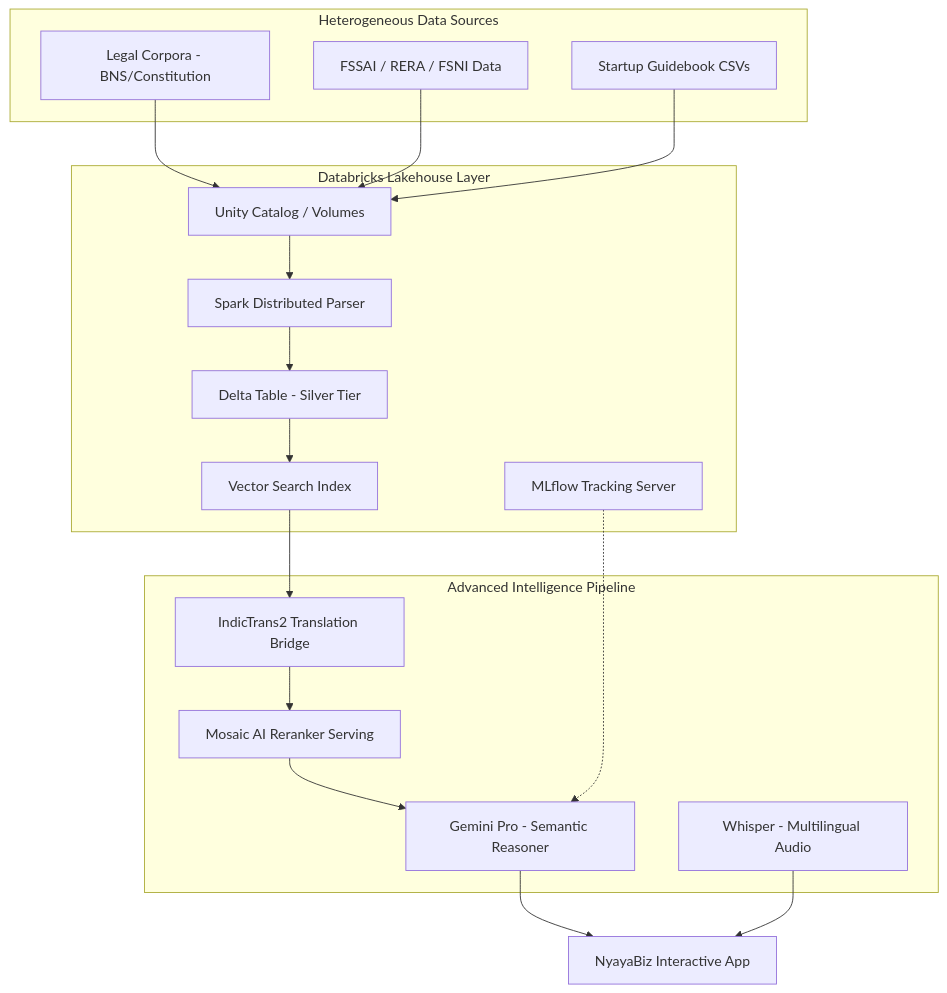
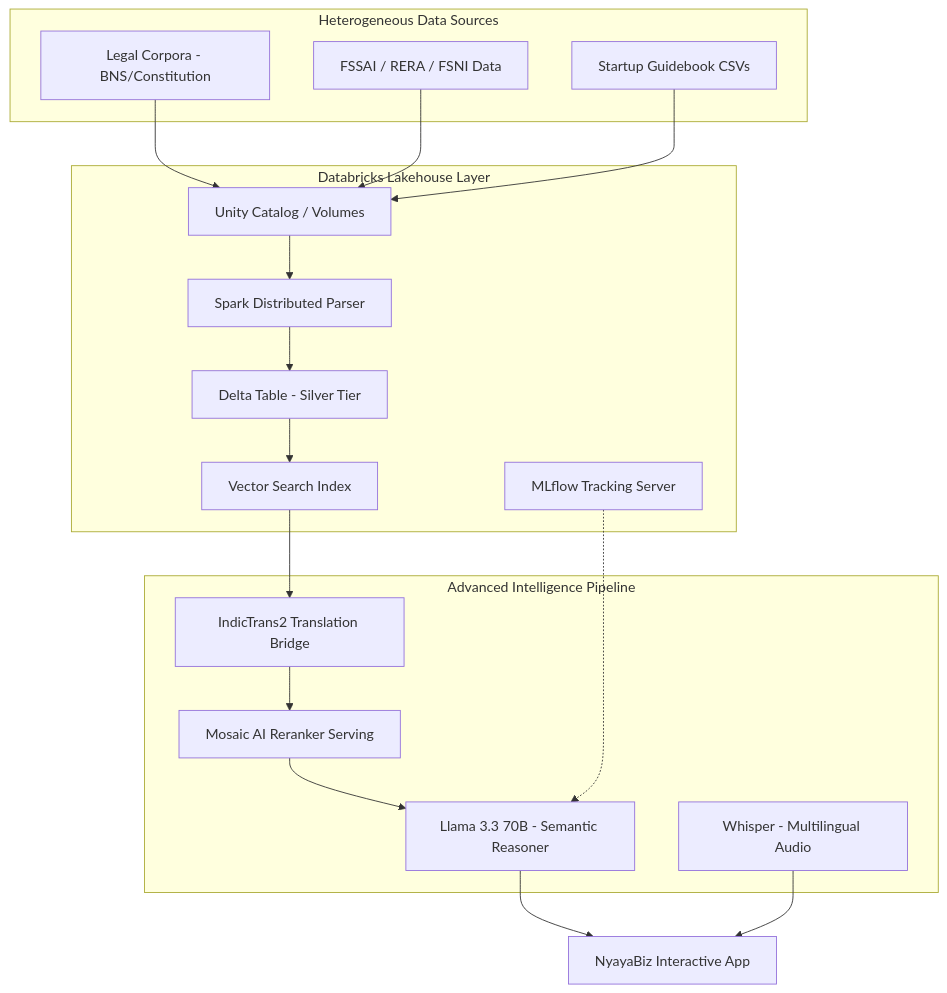
Before and after one commit to hardikhazari/ArthaNeeti: the first of 2 diagrams in README.md, drawn with Mermaid. The commit also changed other lines of this file, not shown here.

Commit message:
Update README: Replace Gemini with Llama 3.3 and add border

````diff
--- a/README.md
+++ b/README.md
@@ -50,34 +54,34 @@
 ```mermaid
 graph TD
     subgraph "Heterogeneous Data Sources"
         A1[Legal Corpora - BNS/Constitution]
         A2[FSSAI / RERA / FSNI Data]
         A3[Startup Guidebook CSVs]
     end
 
     subgraph "Databricks Lakehouse Layer"
         B1[Unity Catalog / Volumes]
         B2[Spark Distributed Parser]
         B3[Delta Table - Silver Tier]
         B4[Vector Search Index]
         B5[MLflow Tracking Server]
     end
 
     subgraph "Advanced Intelligence Pipeline"
         C1[IndicTrans2 Translation Bridge]
         C2[Mosaic AI Reranker Serving]
-        C3[Gemini Pro - Semantic Reasoner]
+        C3[Llama 3.3 70B - Semantic Reasoner]
         C4[Whisper - Multilingual Audio]
     end
 
     A1 & A2 & A3 --> B1
     B1 --> B2
     B2 --> B3
     B3 --> B4
     B4 --> C1
     C1 --> C2
     C2 --> C3
     C3 --> D[NyayaBiz Interactive App]
     C4 --> D
     B5 -.-> C3
 ```
````
